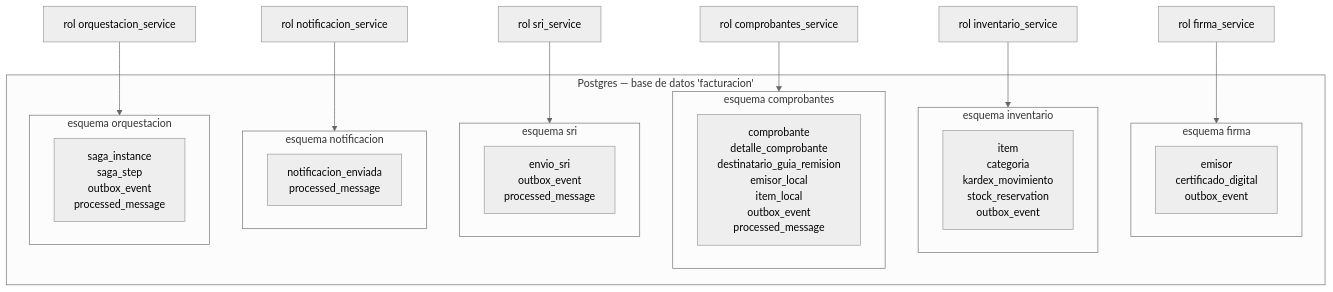
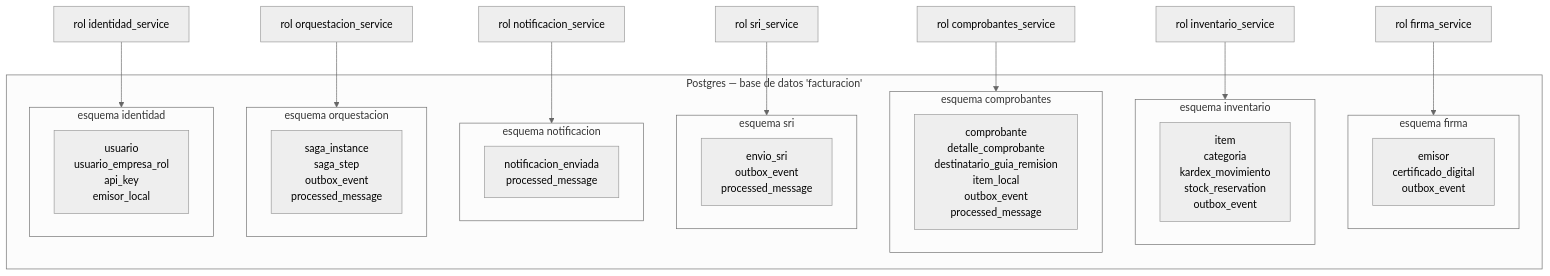
Before and after one commit to ingcharles/docker-kafka: the fourth of 4 diagrams in facturacion-electronica-ec/ARQUITECTURA.md, drawn with Mermaid (neutral theme). The commit also changed other lines of this file and 122 other files, not shown here.

First line of the commit message:
Agrega identidad-service (auth JWT multi-tenant) y protege los 6 servicios con api-key

````diff
--- a/facturacion-electronica-ec/ARQUITECTURA.md
+++ b/facturacion-electronica-ec/ARQUITECTURA.md
@@ -250,29 +263,33 @@
 ```mermaid
 graph TB
     subgraph PG["Postgres — base de datos 'facturacion'"]
         subgraph S1["esquema firma"]
             T1["emisor<br/>certificado_digital<br/>outbox_event"]
         end
         subgraph S2["esquema inventario"]
             T2["item<br/>categoria<br/>kardex_movimiento<br/>stock_reservation<br/>outbox_event"]
         end
         subgraph S3["esquema comprobantes"]
-            T3["comprobante<br/>detalle_comprobante<br/>destinatario_guia_remision<br/>emisor_local<br/>item_local<br/>outbox_event<br/>processed_message"]
+            T3["comprobante<br/>detalle_comprobante<br/>destinatario_guia_remision<br/>item_local<br/>outbox_event<br/>processed_message"]
         end
         subgraph S4["esquema sri"]
             T4["envio_sri<br/>outbox_event<br/>processed_message"]
         end
         subgraph S5["esquema notificacion"]
             T5["notificacion_enviada<br/>processed_message"]
         end
         subgraph S6["esquema orquestacion"]
             T6["saga_instance<br/>saga_step<br/>outbox_event<br/>processed_message"]
         end
+        subgraph S7["esquema identidad"]
+            T7["usuario<br/>usuario_empresa_rol<br/>api_key<br/>emisor_local"]
+        end
     end
     R1["rol firma_service"] --> S1
     R2["rol inventario_service"] --> S2
     R3["rol comprobantes_service"] --> S3
     R4["rol sri_service"] --> S4
     R5["rol notificacion_service"] --> S5
     R6["rol orquestacion_service"] --> S6
+    R7["rol identidad_service"] --> S7
 ```
````
